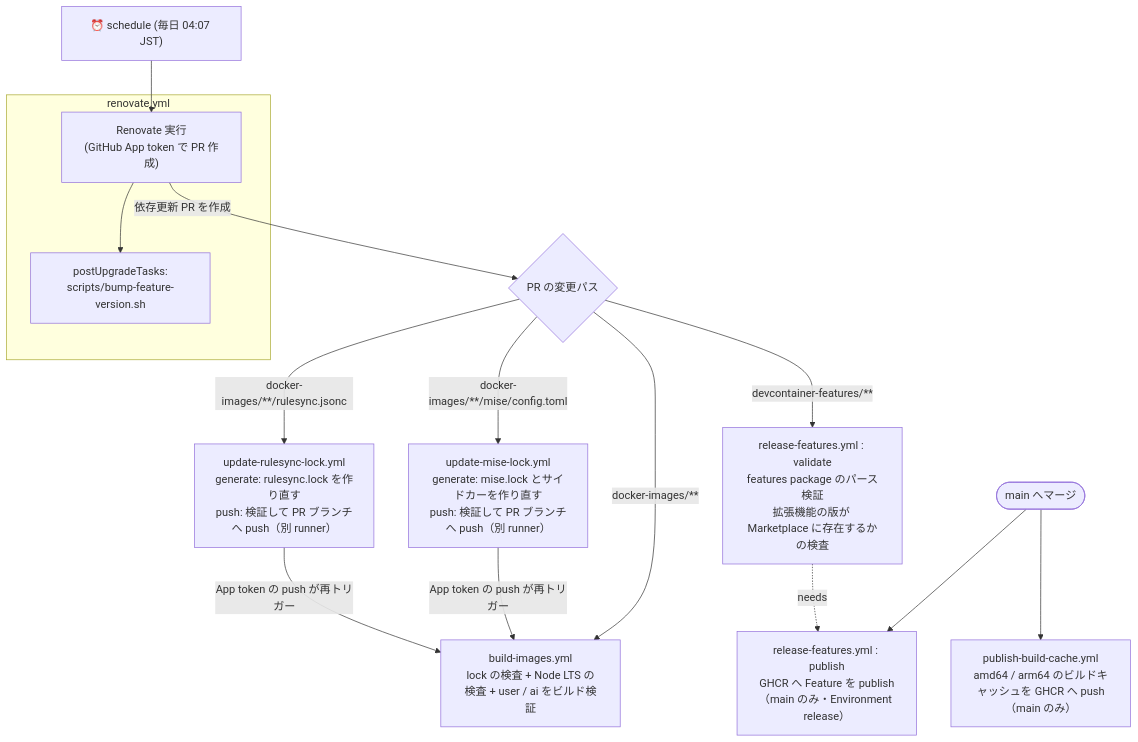
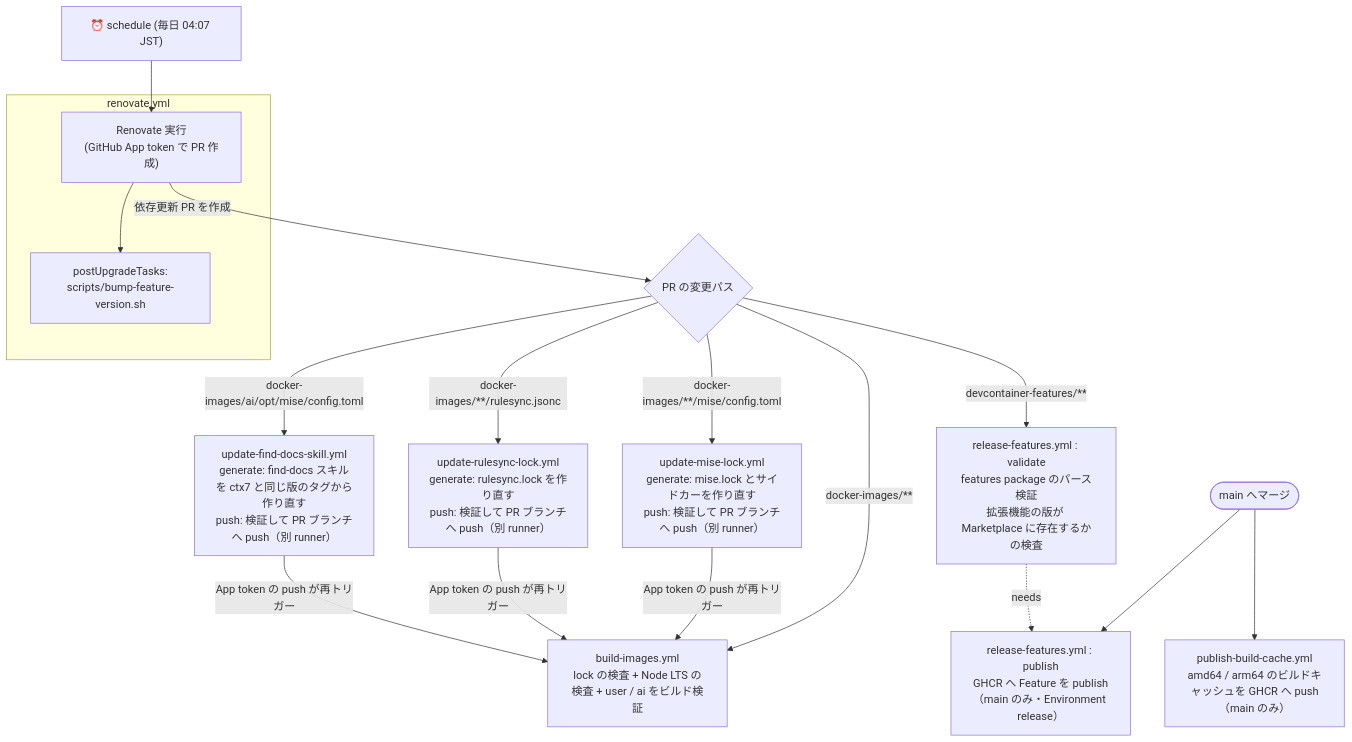
Before and after one commit to Diiva-Szk/devcontainer-env-core: the diagram in docs/MAINTAINING.md, drawn with Mermaid. The commit also changed other lines of this file and 6 other files, not shown here.

````diff
--- a/docs/MAINTAINING.md
+++ b/docs/MAINTAINING.md
@@ -274,24 +280,26 @@
 ```mermaid
 flowchart TD
     cron["⏰ schedule (毎日 04:07 JST)"] --> renovate
 
     subgraph renovate_wf["renovate.yml"]
         renovate["Renovate 実行<br/>(GitHub App token で PR 作成)"]
         bump["postUpgradeTasks:<br/>scripts/bump-feature-version.sh"]
         renovate --> bump
     end
 
     renovate -->|依存更新 PR を作成| PR{"PR の変更パス"}
 
     PR -->|"docker-images/**"| build["build-images.yml<br/>lock の検査 + Node LTS の検査 + user / ai をビルド検証"]
     PR -->|"docker-images/**/mise/config.toml"| lock["update-mise-lock.yml<br/>generate: mise.lock とサイドカーを作り直す<br/>push: 検証して PR ブランチへ push（別 runner）"]
     PR -->|"docker-images/**/rulesync.jsonc"| rlock["update-rulesync-lock.yml<br/>generate: rulesync.lock を作り直す<br/>push: 検証して PR ブランチへ push（別 runner）"]
+    PR -->|"docker-images/ai/opt/mise/config.toml"| fdocs["update-find-docs-skill.yml<br/>generate: find-docs スキルを ctx7 と同じ版のタグから作り直す<br/>push: 検証して PR ブランチへ push（別 runner）"]
     PR -->|"devcontainer-features/**"| validate["release-features.yml : validate<br/>features package のパース検証<br/>拡張機能の版が Marketplace に存在するかの検査"]
 
     lock -->|"App token の push が再トリガー"| build
     rlock -->|"App token の push が再トリガー"| build
+    fdocs -->|"App token の push が再トリガー"| build
 
     merge(["main へマージ"]) --> publish["release-features.yml : publish<br/>GHCR へ Feature を publish（main のみ・Environment release）"]
     merge --> cache["publish-build-cache.yml<br/>amd64 / arm64 のビルドキャッシュを GHCR へ push（main のみ）"]
     validate -. "needs" .-> publish
 ```
````
